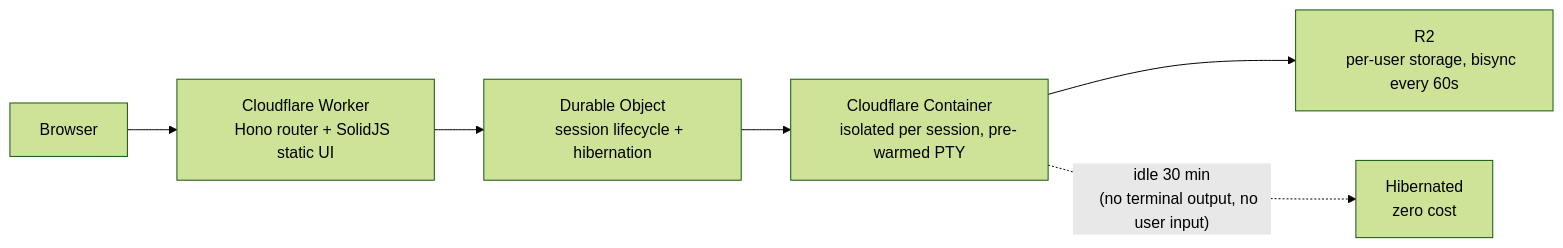
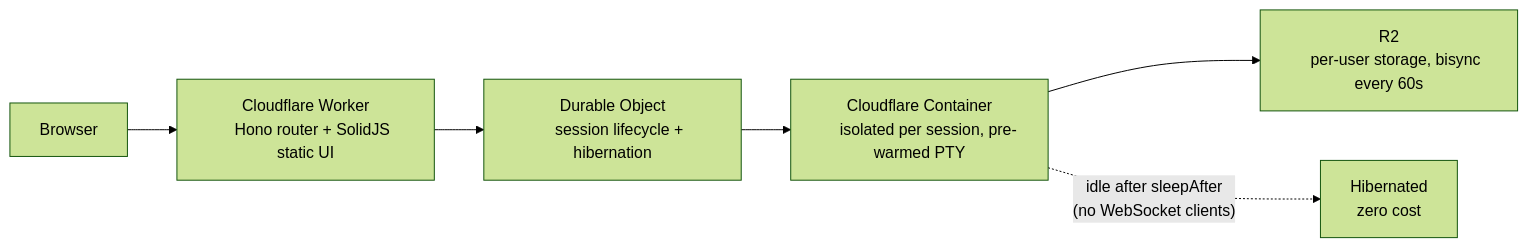
One commit to nikolanovoselec/codeflare changed the diagram in README.md. Above: the diagram before and after it, drawn with Mermaid (forest theme). The commit also changed other lines of this file and 1 other file, not shown here.

Commit message:
docs: update TECHNICAL.md and README.md with container lifecycle, metrics flow, and dashboard changes
Comprehensive documentation update covering Feb 20-21 work:
- Container lifecycle: collectMetrics heartbeat, onActivityExpired, destroy/onStop interaction
- Session lifecycle state machine: start/stop/delete/restart flows with code references
- Metrics data flow diagram: container DO → KV → Worker → frontend pipeline
- Dashboard WS disconnect: scheduleDisconnect/reconnect flow with 60s grace period
- Three-color session status: green/yellow/gray based on WS connection state
- Zombie DO detection and self-termination via missing-identifiers guard
- SessionStatCard metrics display, setBucketName 409 idempotency path
- SolidJS gotchas: createEffect tracking, untrack() usage, signal batching
- Auth-exempt paths for internal container endpoints
- New troubleshooting entries: session resurrection, phantom containers, auth 401
- Updated lessons learned with 5 new entries (20-24)
- README: updated architecture diagram idle text, added metrics/status to features

````diff
--- a/README.md
+++ b/README.md
@@ -96,14 +96,14 @@
 ```mermaid
 flowchart LR
     A[Browser] --> B["Cloudflare Worker
     Hono router + SolidJS static UI"]
     B --> C["Durable Object
     session lifecycle + hibernation"]
     C --> D["Cloudflare Container
     isolated per session, pre-warmed PTY"]
     D --> E["R2
     per-user storage, bisync every 60s"]
-    D -. "idle 30 min
-    (no terminal output, no user input)" .-> F["Hibernated
+    D -. "idle after sleepAfter
+    (no WebSocket clients)" .-> F["Hibernated
     zero cost"]
 ```
````
